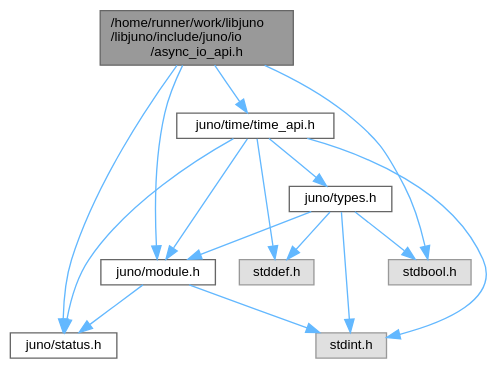
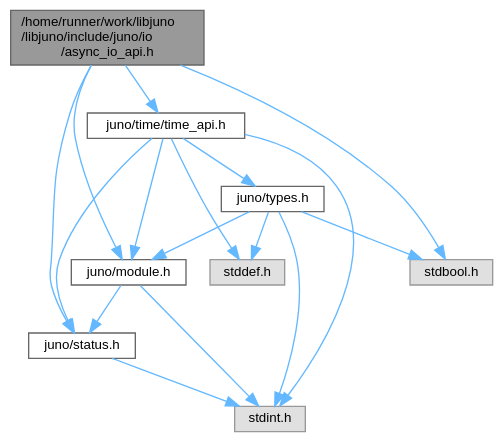
Before and after one commit to robinonsay/libjuno: the diagram in async__io__api_8h__incl.dot, drawn with Graphviz. The commit also changed 259 other files, not shown here.

```diff
--- a/async__io__api_8h__incl.dot
+++ b/async__io__api_8h__incl.dot
@@ -1,30 +1,31 @@
 digraph "/home/runner/work/libjuno/libjuno/include/juno/io/async_io_api.h"
 {
  // LATEX_PDF_SIZE
   bgcolor="transparent";
   edge [fontname=Helvetica,fontsize=10,labelfontname=Helvetica,labelfontsize=10];
   node [fontname=Helvetica,fontsize=10,shape=box,height=0.2,width=0.4];
   Node1 [id="Node000001",label="/home/runner/work/libjuno\l/libjuno/include/juno/io\l/async_io_api.h",height=0.2,width=0.4,color="gray40", fillcolor="grey60", style="filled", fontcolor="black",tooltip=" "];
   Node1 -> Node2 [id="edge1_Node000001_Node000002",color="steelblue1",style="solid",tooltip=" "];
   Node2 [id="Node000002",label="juno/status.h",height=0.2,width=0.4,color="grey40", fillcolor="white", style="filled",URL="$status_8h.html",tooltip=" "];
-  Node1 -> Node3 [id="edge2_Node000001_Node000003",color="steelblue1",style="solid",tooltip=" "];
-  Node3 [id="Node000003",label="juno/module.h",height=0.2,width=0.4,color="grey40", fillcolor="white", style="filled",URL="$module_8h.html",tooltip=" "];
-  Node3 -> Node2 [id="edge3_Node000003_Node000002",color="steelblue1",style="solid",tooltip=" "];
-  Node3 -> Node4 [id="edge4_Node000003_Node000004",color="steelblue1",style="solid",tooltip=" "];
-  Node4 [id="Node000004",label="stdint.h",height=0.2,width=0.4,color="grey60", fillcolor="#E0E0E0", style="filled",tooltip=" "];
-  Node1 -> Node5 [id="edge5_Node000001_Node000005",color="steelblue1",style="solid",tooltip=" "];
+  Node2 -> Node3 [id="edge2_Node000002_Node000003",color="steelblue1",style="solid",tooltip=" "];
+  Node3 [id="Node000003",label="stdint.h",height=0.2,width=0.4,color="grey60", fillcolor="#E0E0E0", style="filled",tooltip=" "];
+  Node1 -> Node4 [id="edge3_Node000001_Node000004",color="steelblue1",style="solid",tooltip=" "];
+  Node4 [id="Node000004",label="juno/module.h",height=0.2,width=0.4,color="grey40", fillcolor="white", style="filled",URL="$module_8h.html",tooltip=" "];
+  Node4 -> Node2 [id="edge4_Node000004_Node000002",color="steelblue1",style="solid",tooltip=" "];
+  Node4 -> Node3 [id="edge5_Node000004_Node000003",color="steelblue1",style="solid",tooltip=" "];
+  Node1 -> Node5 [id="edge6_Node000001_Node000005",color="steelblue1",style="solid",tooltip=" "];
   Node5 [id="Node000005",label="juno/time/time_api.h",height=0.2,width=0.4,color="grey40", fillcolor="white", style="filled",URL="$time__api_8h.html",tooltip=" "];
-  Node5 -> Node2 [id="edge6_Node000005_Node000002",color="steelblue1",style="solid",tooltip=" "];
-  Node5 -> Node3 [id="edge7_Node000005_Node000003",color="steelblue1",style="solid",tooltip=" "];
-  Node5 -> Node6 [id="edge8_Node000005_Node000006",color="steelblue1",style="solid",tooltip=" "];
+  Node5 -> Node2 [id="edge7_Node000005_Node000002",color="steelblue1",style="solid",tooltip=" "];
+  Node5 -> Node4 [id="edge8_Node000005_Node000004",color="steelblue1",style="solid",tooltip=" "];
+  Node5 -> Node6 [id="edge9_Node000005_Node000006",color="steelblue1",style="solid",tooltip=" "];
   Node6 [id="Node000006",label="juno/types.h",height=0.2,width=0.4,color="grey40", fillcolor="white", style="filled",URL="$types_8h.html",tooltip=" "];
-  Node6 -> Node3 [id="edge9_Node000006_Node000003",color="steelblue1",style="solid",tooltip=" "];
-  Node6 -> Node7 [id="edge10_Node000006_Node000007",color="steelblue1",style="solid",tooltip=" "];
+  Node6 -> Node4 [id="edge10_Node000006_Node000004",color="steelblue1",style="solid",tooltip=" "];
+  Node6 -> Node7 [id="edge11_Node000006_Node000007",color="steelblue1",style="solid",tooltip=" "];
   Node7 [id="Node000007",label="stdbool.h",height=0.2,width=0.4,color="grey60", fillcolor="#E0E0E0", style="filled",tooltip=" "];
-  Node6 -> Node8 [id="edge11_Node000006_Node000008",color="steelblue1",style="solid",tooltip=" "];
+  Node6 -> Node8 [id="edge12_Node000006_Node000008",color="steelblue1",style="solid",tooltip=" "];
   Node8 [id="Node000008",label="stddef.h",height=0.2,width=0.4,color="grey60", fillcolor="#E0E0E0", style="filled",tooltip=" "];
-  Node6 -> Node4 [id="edge12_Node000006_Node000004",color="steelblue1",style="solid",tooltip=" "];
-  Node5 -> Node8 [id="edge13_Node000005_Node000008",color="steelblue1",style="solid",tooltip=" "];
-  Node5 -> Node4 [id="edge14_Node000005_Node000004",color="steelblue1",style="solid",tooltip=" "];
-  Node1 -> Node7 [id="edge15_Node000001_Node000007",color="steelblue1",style="solid",tooltip=" "];
+  Node6 -> Node3 [id="edge13_Node000006_Node000003",color="steelblue1",style="solid",tooltip=" "];
+  Node5 -> Node8 [id="edge14_Node000005_Node000008",color="steelblue1",style="solid",tooltip=" "];
+  Node5 -> Node3 [id="edge15_Node000005_Node000003",color="steelblue1",style="solid",tooltip=" "];
+  Node1 -> Node7 [id="edge16_Node000001_Node000007",color="steelblue1",style="solid",tooltip=" "];
 }
```
